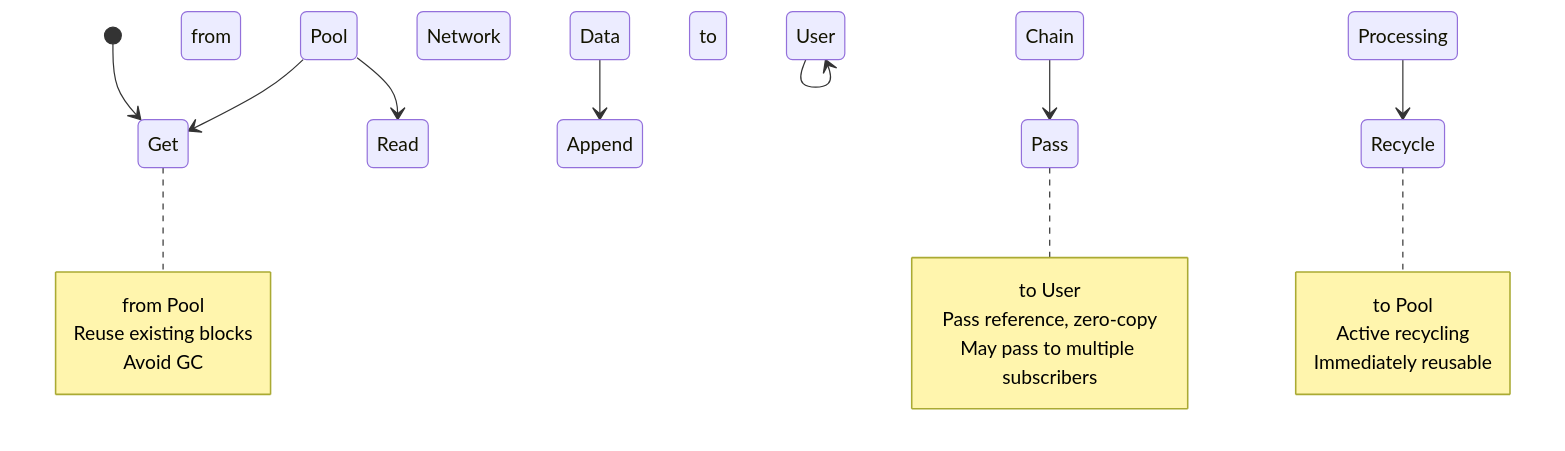
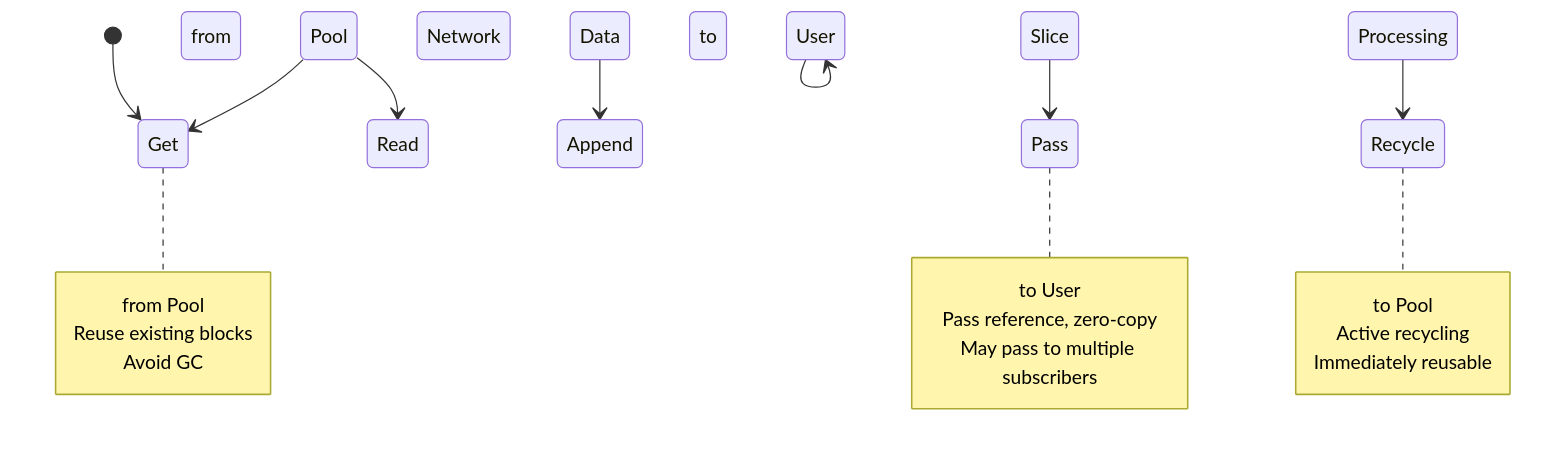
Before and after one commit to eanfs/monibuca: the second of 2 diagrams in doc/bufreader_analysis.md, drawn with Mermaid. The commit also changed other lines of this file and 1 other file, not shown here.

````diff
--- a/doc/bufreader_analysis.md
+++ b/doc/bufreader_analysis.md
@@ -314,25 +314,25 @@
 ```mermaid
 stateDiagram-v2
     [*] --> Get from Pool
     Get from Pool --> Read Network Data
-    Read Network Data --> Append to Chain
-    Append to Chain --> Pass to User
+    Read Network Data --> Append to Slice
+    Append to Slice --> Pass to User
     Pass to User --> User Processing
     User Processing --> Recycle to Pool
     Recycle to Pool --> Get from Pool
     
     note right of Get from Pool
         Reuse existing blocks
         Avoid GC
     end note
     
     note right of Pass to User
         Pass reference, zero-copy
         May pass to multiple subscribers
     end note
     
     note right of Recycle to Pool
         Active recycling
         Immediately reusable
     end note
 ```
````
